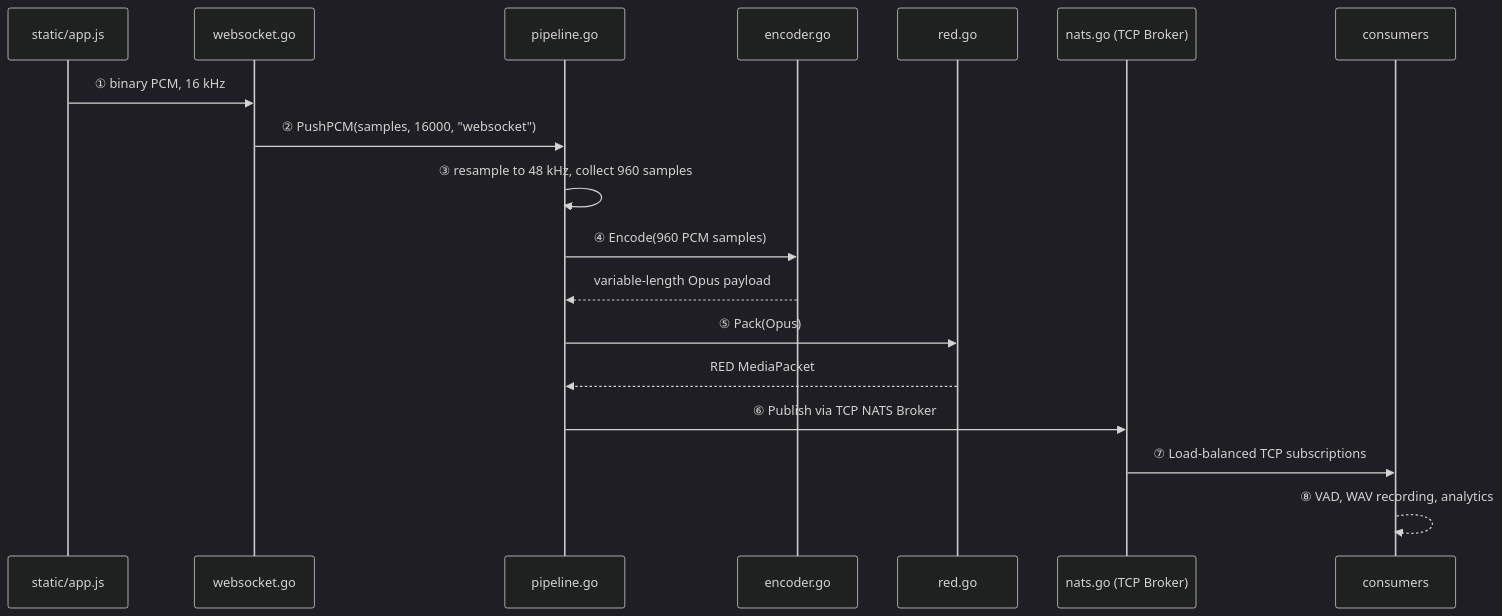
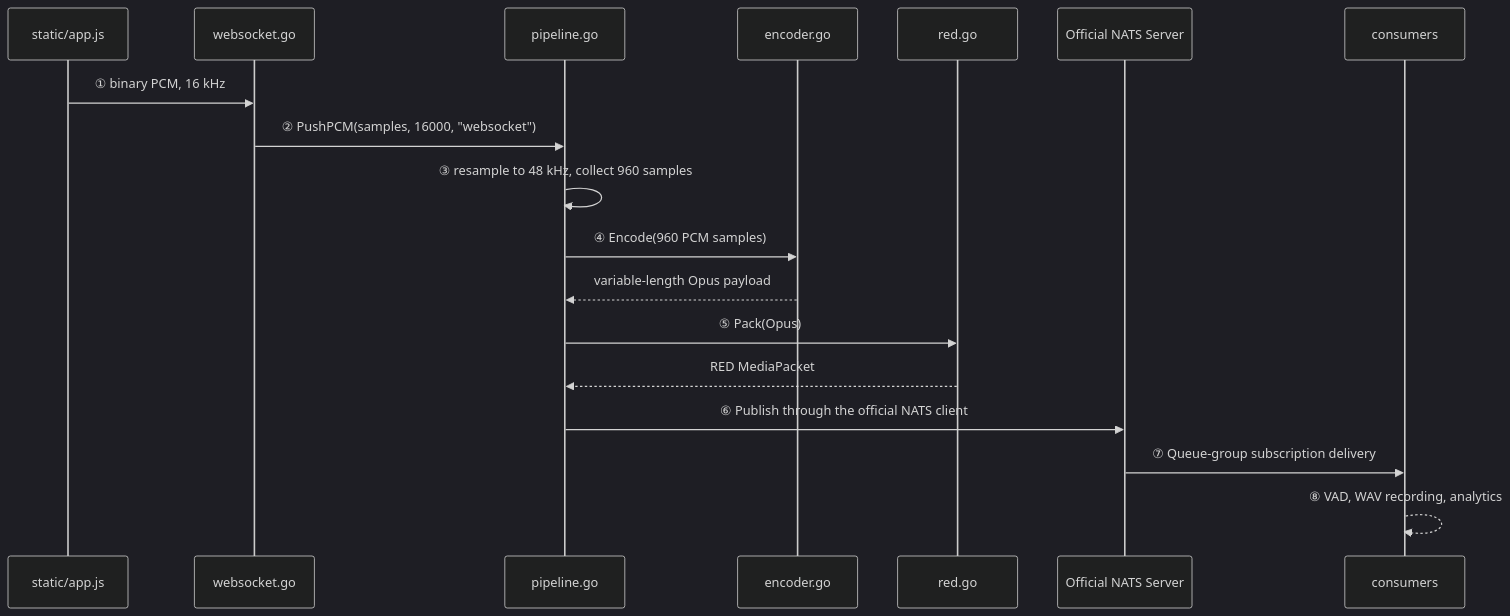
The second of 2 diagrams in README.md (YashBehera/voice-ingestion), drawn with Mermaid (dark theme) before and after one commit. The commit also changed other lines of this file and 17 other files, not shown here.

Commit message:
refactor: replace custom TCP-based NATS bus with official NATS Go client integration

````diff
--- a/README.md
+++ b/README.md
@@ -69,21 +69,21 @@
 ```mermaid
 sequenceDiagram
     participant UI as static/app.js
     participant WS as websocket.go
     participant P as pipeline.go
     participant O as encoder.go
     participant R as red.go
-    participant B as nats.go (TCP Broker)
+    participant B as Official NATS Server
     participant C as consumers
 
     UI->>WS: ① binary PCM, 16 kHz
     WS->>P: ② PushPCM(samples, 16000, "websocket")
     P->>P: ③ resample to 48 kHz, collect 960 samples
     P->>O: ④ Encode(960 PCM samples)
     O-->>P: variable-length Opus payload
     P->>R: ⑤ Pack(Opus)
     R-->>P: RED MediaPacket
-    P->>B: ⑥ Publish via TCP NATS Broker
-    B->>C: ⑦ Load-balanced TCP subscriptions
+    P->>B: ⑥ Publish through the official NATS client
+    B->>C: ⑦ Queue-group subscription delivery
     C-->>C: ⑧ VAD, WAV recording, analytics 
 ```
````
